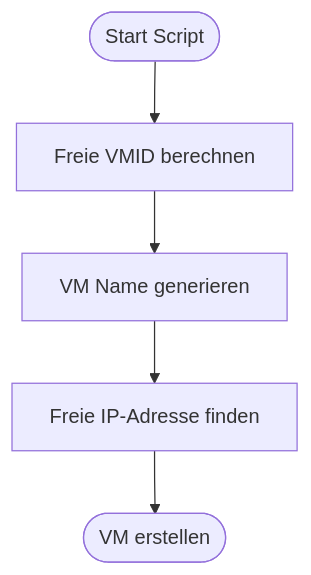
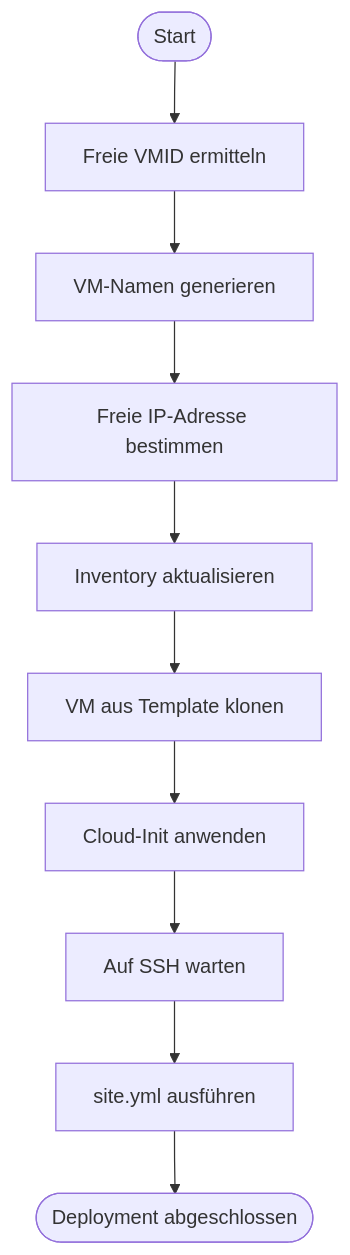
Before and after one commit to Elvice1987/proxmox-ansible-automation: the third of 4 diagrams in documentation.md, drawn with Mermaid. The commit also changed other lines of this file, not shown here.

Commit message:
Fix typos and improve flowchart in documentation

````diff
--- a/documentation.md
+++ b/documentation.md
@@ -100,7 +100,15 @@
 ```mermaid
 flowchart TD
-    A([Start Script]) --> B[Freie VMID berechnen]
-    B --> C[VM Name generieren]
-    C --> D[Freie IP-Adresse finden]
-    D --> E([VM erstellen])
+    A([Start])
+    B[Freie VMID ermitteln]
+    C[VM-Namen generieren]
+    D[Freie IP-Adresse bestimmen]
+    E[Inventory aktualisieren]
+    F[VM aus Template klonen]
+    G[Cloud-Init anwenden]
+    H[Auf SSH warten]
+    I[site.yml ausführen]
+    J([Deployment abgeschlossen])
+
+    A --> B --> C --> D --> E --> F --> G --> H --> I --> J
 ```
````
